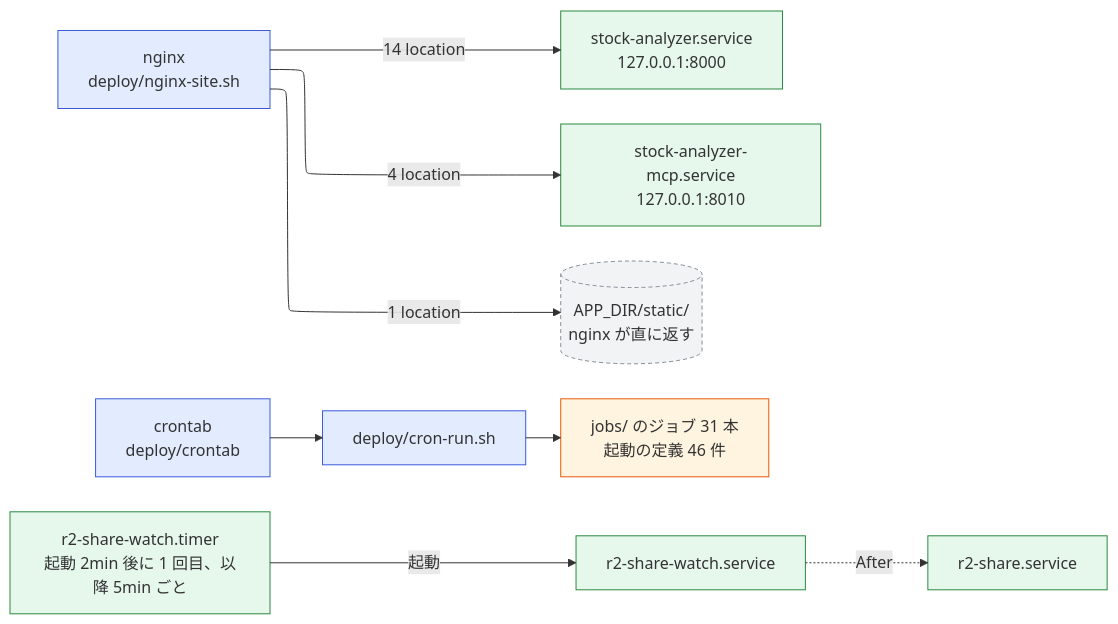
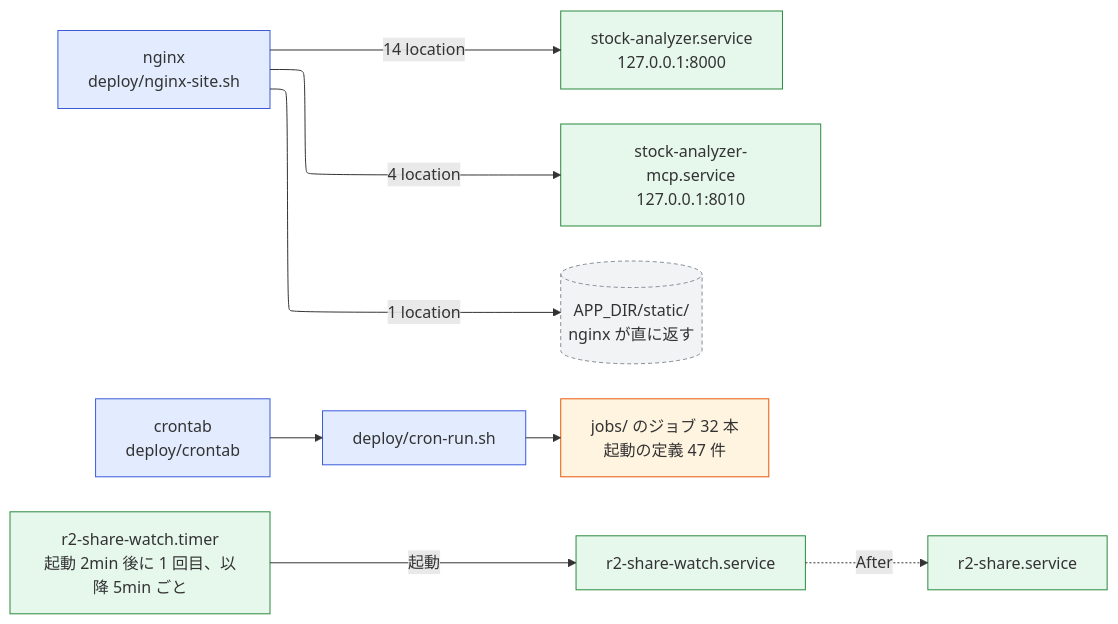
The diagram in docs/overview/system.md (pekumirui/stock-analyzer), drawn with Mermaid before and after one commit. The commit also changed other lines of this file and 31 other files, not shown here.

````diff
--- a/docs/overview/system.md
+++ b/docs/overview/system.md
@@ -16,28 +16,28 @@
 ```mermaid
 ---
 config:
   layout: elk
 ---
 flowchart LR
   n0["nginx<br>deploy/nginx-site.sh"]:::proc
   n1["stock-analyzer.service<br>127.0.0.1:8000"]:::unit
   n0 -->|"14 location"| n1
   n2["stock-analyzer-mcp.service<br>127.0.0.1:8010"]:::unit
   n0 -->|"4 location"| n2
   n3[("APP_DIR/static/<br>nginx が直に返す")]:::file
   n0 -->|"1 location"| n3
   n4["crontab<br>deploy/crontab"]:::proc
   n5["deploy/cron-run.sh"]:::proc
   n4 --> n5
-  n6["jobs/ のジョブ 31 本<br>起動の定義 46 件"]:::job
+  n6["jobs/ のジョブ 32 本<br>起動の定義 47 件"]:::job
   n5 --> n6
   n7["r2-share-watch.timer<br>起動 2min 後に 1 回目、以降 5min ごと"]:::unit
   n8["r2-share-watch.service"]:::unit
   n7 -->|"起動"| n8
   n9["r2-share.service"]:::unit
   n8 -.->|"After"| n9
   classDef proc fill:#e3ecff,stroke:#3b5bdb
   classDef unit fill:#e6f7ec,stroke:#2b8a3e
   classDef job fill:#fff4e0,stroke:#e8590c
   classDef file fill:#f1f3f5,stroke:#868e96,stroke-dasharray:4 3
 ```
````
